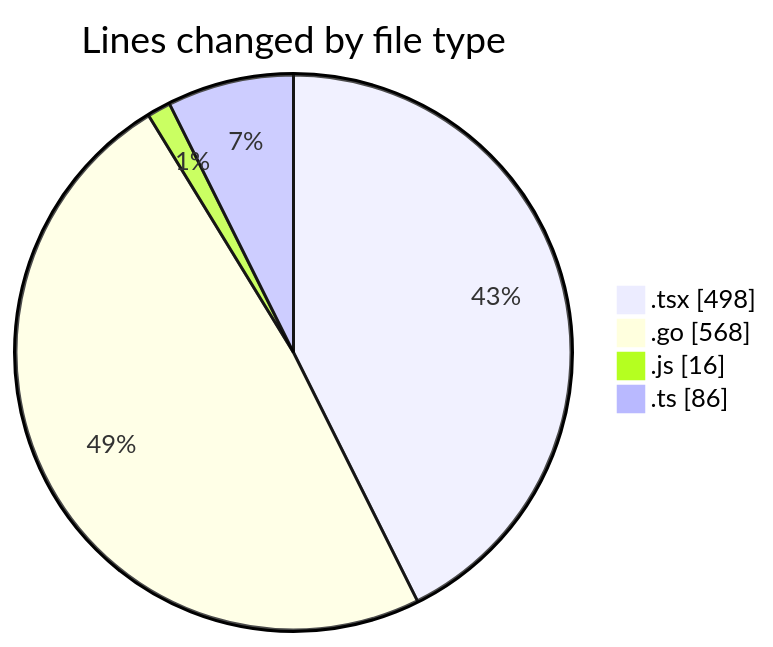
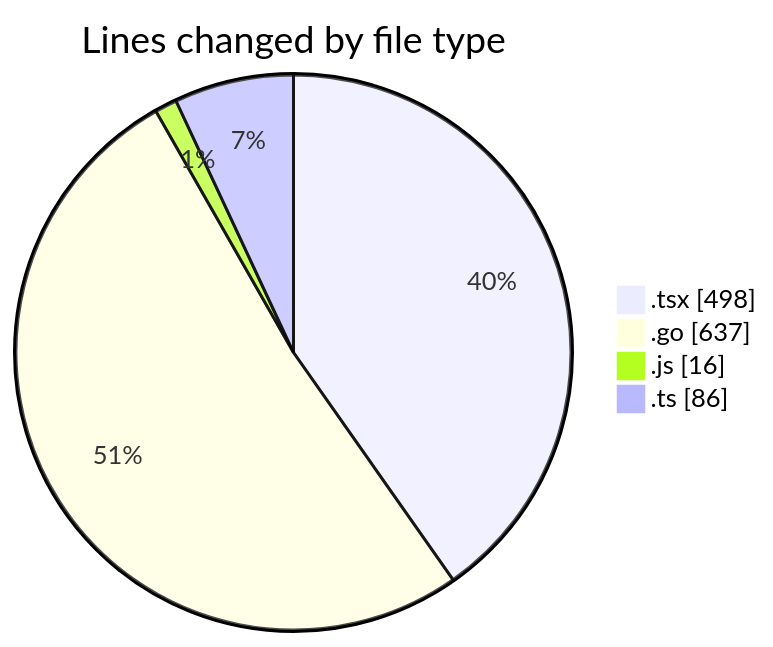
The first of 2 diagrams in 2025-03-04/termonied_testador/README.md (robertbonfada/code-tracking), drawn with Mermaid before and after one commit. The commit also changed other lines of this file and 1 other file, not shown here.

````diff
--- a/2025-03-04/termonied_testador/README.md
+++ b/2025-03-04/termonied_testador/README.md
@@ -26,8 +26,8 @@
 ```mermaid
 pie showData
 title Lines changed by file type
 ".tsx" : 498
-".go" : 568
+".go" : 637
 ".js" : 16
 ".ts" : 86
 ```
````
